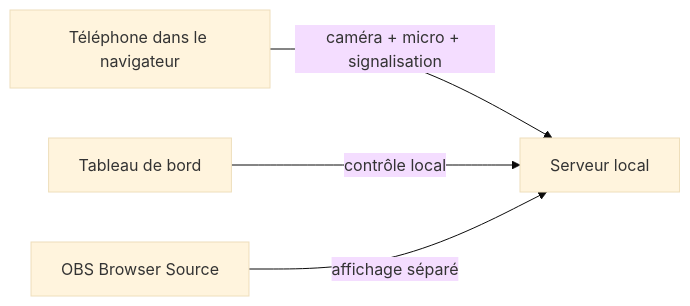
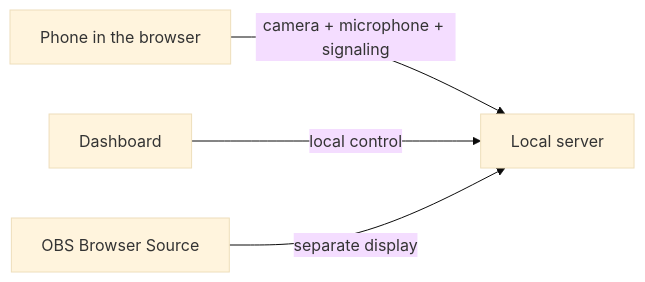
One commit to MasterBougli/BouCamPhoneServ changed the diagram in docs/ARCHITECTURE.md. Above: the diagram before and after it, drawn with Mermaid (base theme). The commit also changed other lines of this file and 19 other files, not shown here.

````diff
--- a/docs/ARCHITECTURE.md
+++ b/docs/ARCHITECTURE.md
@@ -13,11 +13,11 @@
 ```mermaid
 flowchart LR
-  Phone["Téléphone dans le navigateur"]
-  Server["Serveur local"]
-  Dashboard["Tableau de bord"]
+  Phone["Phone in the browser"]
+  Server["Local server"]
+  Dashboard["Dashboard"]
   OBS["OBS Browser Source"]
 
-  Phone -->|"caméra + micro + signalisation"| Server
-  Dashboard -->|"contrôle local"| Server
-  OBS -->|"affichage séparé"| Server
+  Phone -->|"camera + microphone + signaling"| Server
+  Dashboard -->|"local control"| Server
+  OBS -->|"separate display"| Server
 ```
````
